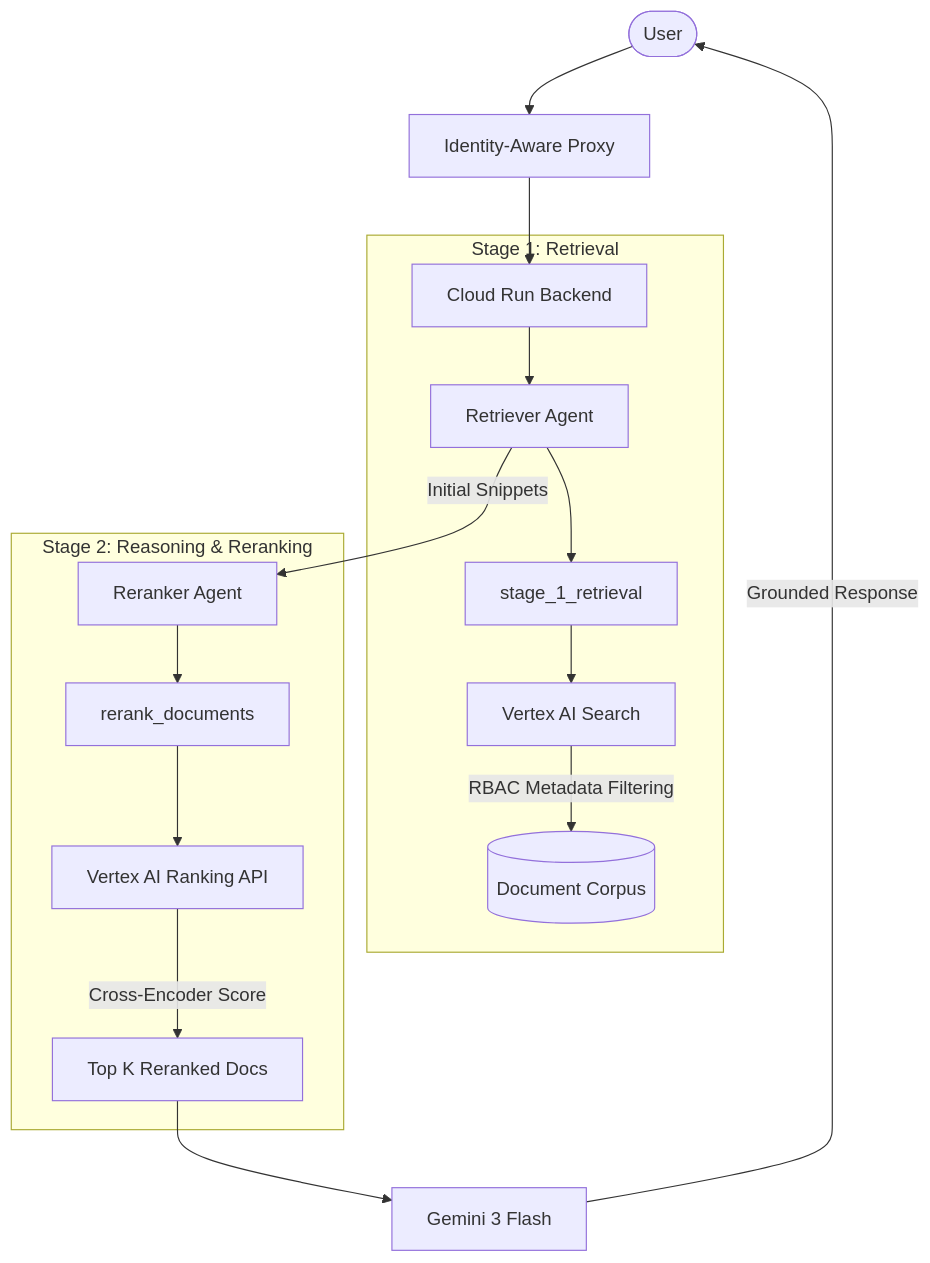
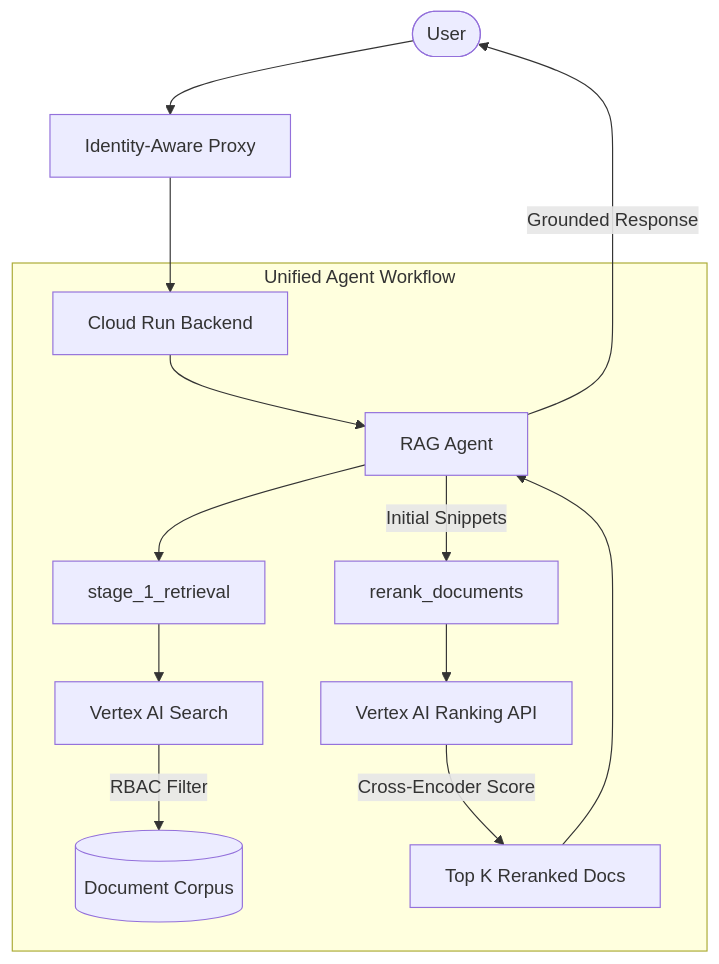
Before and after one commit to rezkabiri/jit-two-stage-retrieval: the first of 3 diagrams in docs/DESIGN_SPEC.md, drawn with Mermaid. The commit also changed other lines of this file and 5 other files, not shown here.

First line of the commit message:
feat: implement RBAC security gate and update system diagrams

````diff
--- a/docs/DESIGN_SPEC.md
+++ b/docs/DESIGN_SPEC.md
@@ -6,22 +6,19 @@
 ```mermaid
 graph TD
     User([User]) --> IAP[Identity-Aware Proxy]
     IAP --> Backend[Cloud Run Backend]
     
-    subgraph "Stage 1: Retrieval"
-    Backend --> RetAgent[Retriever Agent]
-    RetAgent --> Stage1Tool[stage_1_retrieval]
+    subgraph "Unified Agent Workflow"
+    Backend --> RagAgent[RAG Agent]
+    RagAgent --> Stage1Tool[stage_1_retrieval]
     Stage1Tool --> VAIS[Vertex AI Search]
-    VAIS -- "RBAC Metadata Filtering" --> Docs[(Document Corpus)]
-    end
+    VAIS -- "RBAC Filter" --> Docs[(Document Corpus)]
     
-    subgraph "Stage 2: Reasoning & Reranking"
-    RetAgent -- "Initial Snippets" --> RerankAgent[Reranker Agent]
-    RerankAgent --> Stage2Tool[rerank_documents]
+    RagAgent -- "Initial Snippets" --> Stage2Tool[rerank_documents]
     Stage2Tool --> VAR[Vertex AI Ranking API]
     VAR -- "Cross-Encoder Score" --> Reranked[Top K Reranked Docs]
     end
     
-    Reranked --> LLM[Gemini 3 Flash]
-    LLM -- "Grounded Response" --> User
+    Reranked --> RagAgent
+    RagAgent -- "Grounded Response" --> User
 ```
````
